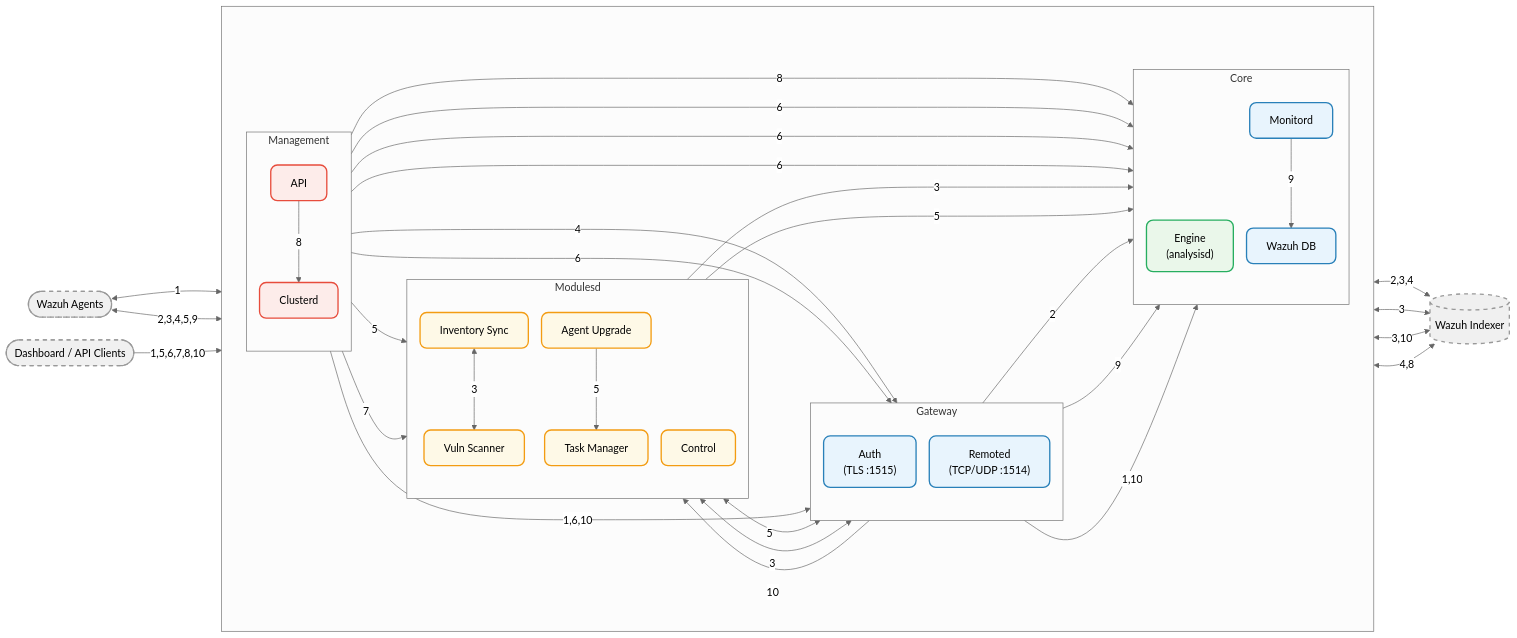
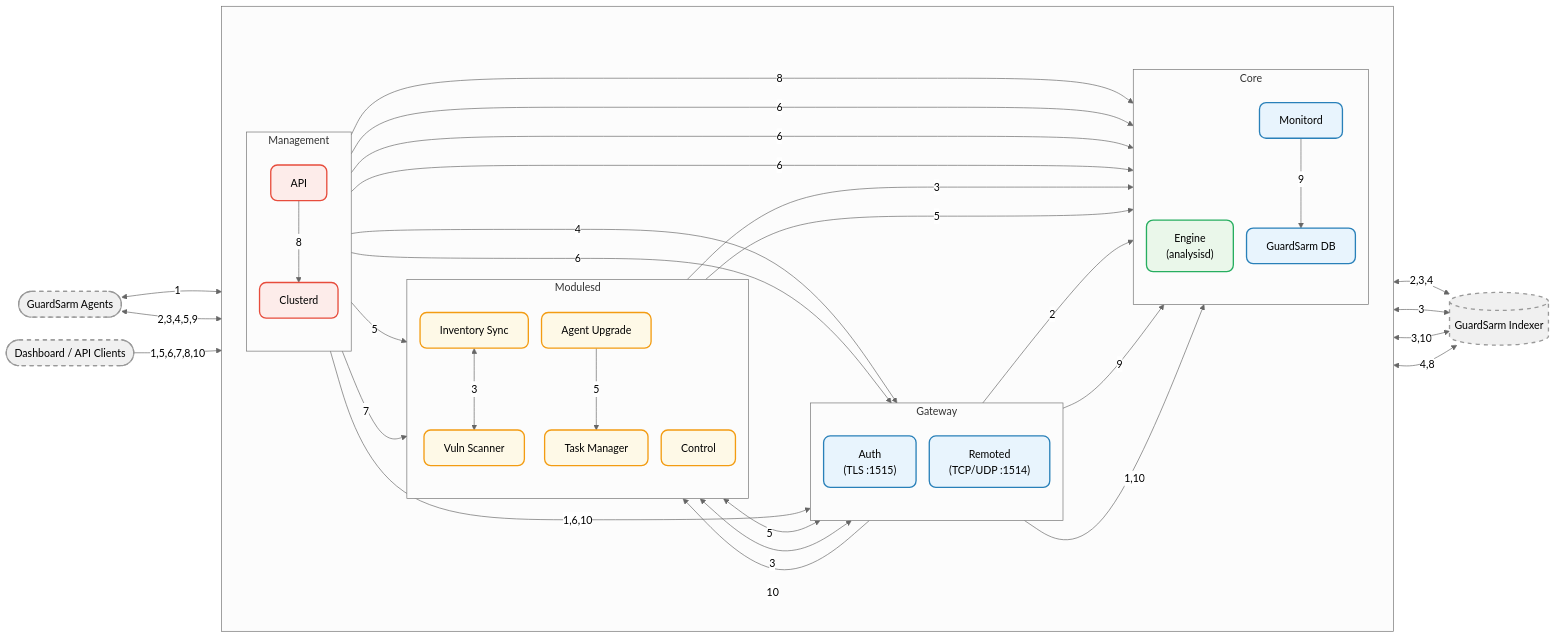
The diagram in docs/ref/architecture.md (guardsarm/guardsarm), drawn with Mermaid (neutral theme) before and after one commit. The commit also changed other lines of this file and 4082 other files, not shown here.

First line of the commit message:
GuardSarm rebrand (R1) + native build/runtime fixes

````diff
--- a/docs/ref/architecture.md
+++ b/docs/ref/architecture.md
@@ -9,7 +9,7 @@
 ```mermaid
 ---
 config:
-  title: "Wazuh Manager Architecture"
+  title: "GuardSarm Manager Architecture"
   flowchart:
     nodeSpacing: 20
     rankSpacing: 50
@@ -22,7 +22,7 @@
 classDef m fill:#fef9e7,stroke:#f39c12,stroke-width:2px,rx:10
 classDef a fill:#fdecea,stroke:#e74c3c,stroke-width:2px,rx:10
 
-agents(["Wazuh Agents"]):::ext
+agents(["GuardSarm Agents"]):::ext
 clients(["Dashboard / API Clients"]):::ext
 
 subgraph manager[" "]
@@ -37,7 +37,7 @@
   subgraph core["Core"]
     direction TB
     engine["Engine<br/>(analysisd)"]:::e
-    wdb["Wazuh DB"]:::d
+    wdb["GuardSarm DB"]:::d
     monitord["Monitord"]:::d
   end
 
@@ -57,7 +57,7 @@
   end
 end
 
-indexer[("Wazuh Indexer")]:::ext
+indexer[("GuardSarm Indexer")]:::ext
 
 %% External → Gateway
 agents <-->|1| authd
````
